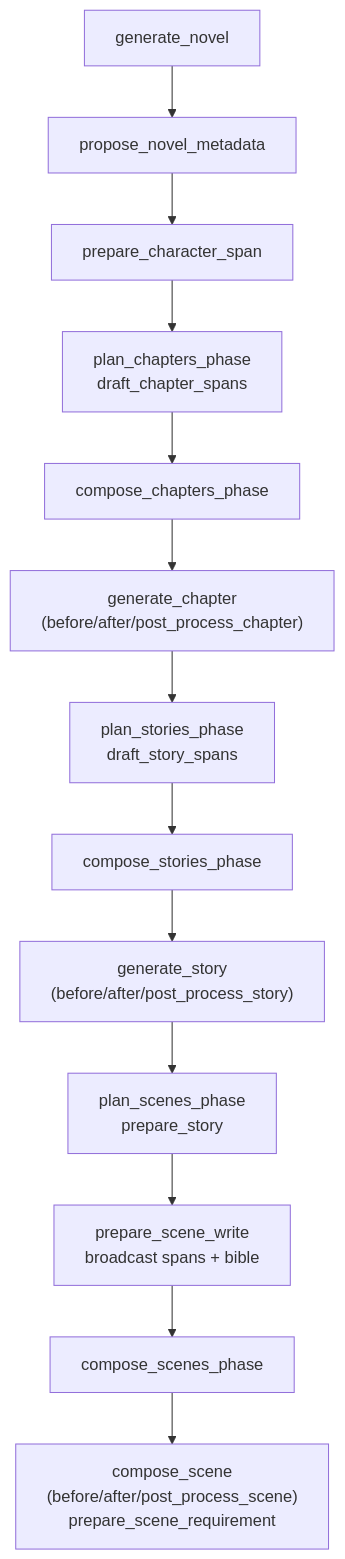
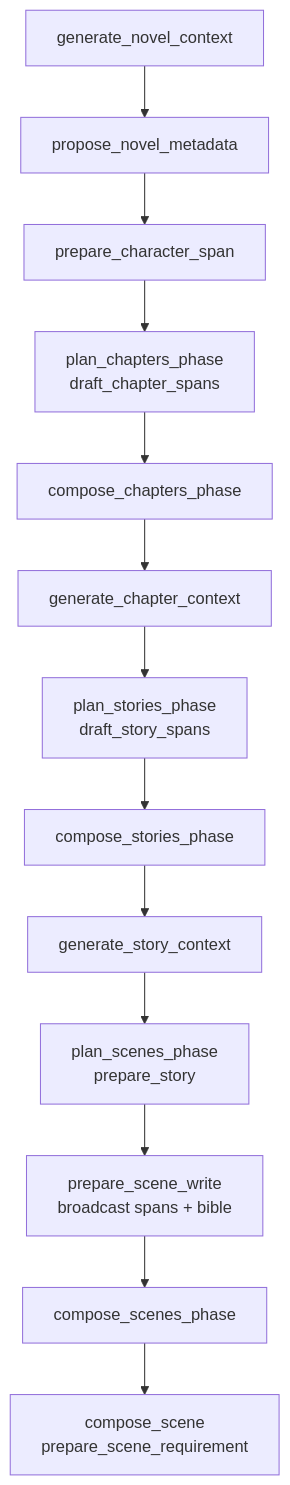
Before and after one commit to Whth/fabricatio: the diagram in docs/source/novel-hooks.rst, drawn with Mermaid. The commit also changed other lines of this file and 4 other files, not shown here.

Commit message:
fix(novel): assemble artifacts after context hooks

```diff
--- a/docs/source/novel-hooks.rst
+++ b/docs/source/novel-hooks.rst
@@ -119,15 +120,15 @@
 .. mermaid::
 
    flowchart TD
-      GN["generate_novel"] --> MD["propose_novel_metadata"]
+      GN["generate_novel_context"] --> MD["propose_novel_metadata"]
       MD --> RS["prepare_character_span"]
       RS --> PC["plan_chapters_phase\ndraft_chapter_spans"]
       PC --> CC["compose_chapters_phase"]
-      CC --> GC["generate_chapter\n(before/after/post_process_chapter)"]
+      CC --> GC["generate_chapter_context"]
       GC --> PS["plan_stories_phase\ndraft_story_spans"]
       PS --> CS["compose_stories_phase"]
-      CS --> GS["generate_story\n(before/after/post_process_story)"]
+      CS --> GS["generate_story_context"]
       GS --> PSC["plan_scenes_phase\nprepare_story"]
       PSC --> PW["prepare_scene_write\nbroadcast spans + bible"]
       PW --> WCS["compose_scenes_phase"]
-      WCS --> GSC["compose_scene\n(before/after/post_process_scene)\nprepare_scene_requirement"]
+      WCS --> GSC["compose_scene\nprepare_scene_requirement"]
```
